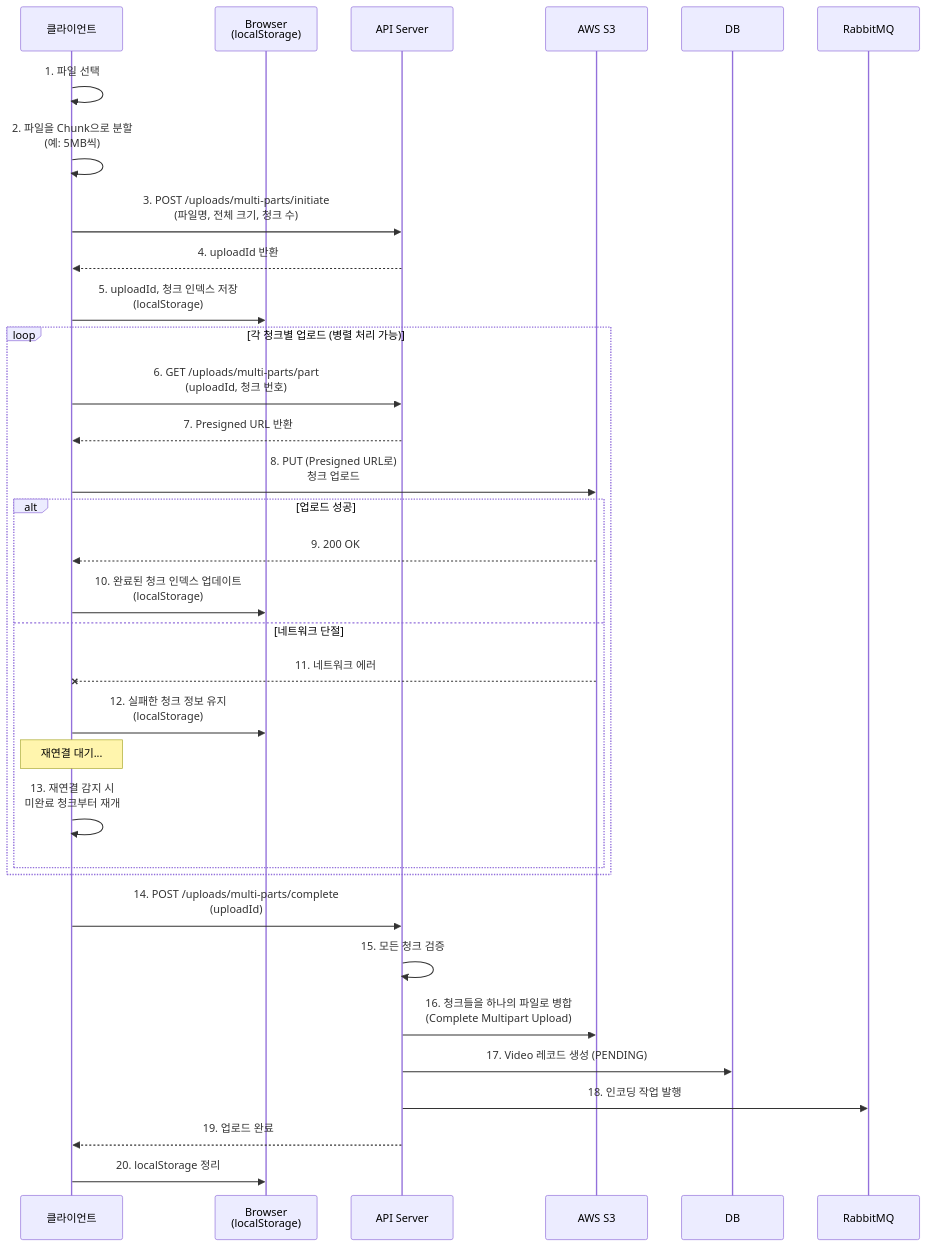
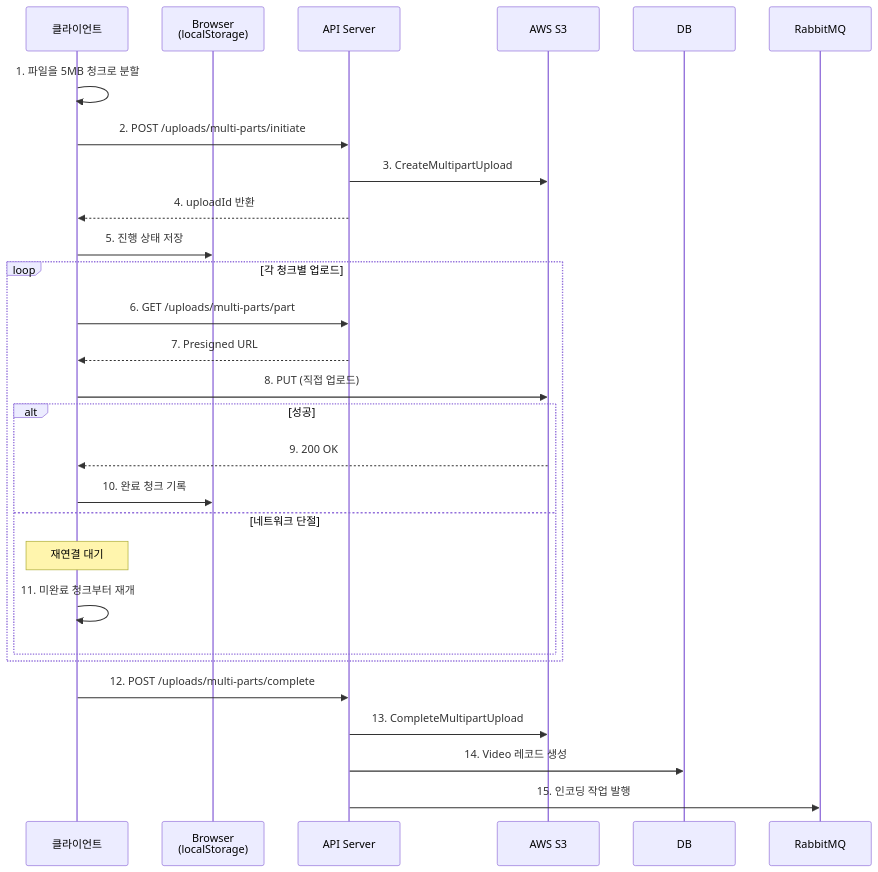
One commit to Today-My-Diary/backend changed the second of 4 diagrams in README.md. Above: the diagram before and after it, drawn with Mermaid. The commit also changed other lines of this file and 1 other file, not shown here.

````diff
--- a/README.md
+++ b/README.md
@@ -180,39 +180,32 @@
 ```mermaid
 sequenceDiagram
     participant Client as 클라이언트
     participant Browser as Browser<br/>(localStorage)
     participant APIServer as API Server
     participant S3 as AWS S3
     
-    Client->>Client: 1. 파일 선택
-    Client->>Client: 2. 파일을 Chunk으로 분할<br/>(예: 5MB씩)
+    Client->>Client: 1. 파일을 5MB 청크로 분할
+    Client->>APIServer: 2. POST /uploads/multi-parts/initiate
+    APIServer->>S3: 3. CreateMultipartUpload
+    APIServer-->>Client: 4. uploadId 반환
+    Client->>Browser: 5. 진행 상태 저장
     
-    Client->>APIServer: 3. POST /uploads/multi-parts/initiate<br/>(파일명, 전체 크기, 청크 수)
-    APIServer-->>Client: 4. uploadId 반환
-    Client->>Browser: 5. uploadId, 청크 인덱스 저장<br/>(localStorage)
-    
-    loop 각 청크별 업로드 (병렬 처리 가능)
-        Client->>APIServer: 6. GET /uploads/multi-parts/part<br/>(uploadId, 청크 번호)
-        APIServer-->>Client: 7. Presigned URL 반환
+    loop 각 청크별 업로드
+        Client->>APIServer: 6. GET /uploads/multi-parts/part
+        APIServer-->>Client: 7. Presigned URL
+        Client->>S3: 8. PUT (직접 업로드)
         
-        Client->>S3: 8. PUT (Presigned URL로)<br/>청크 업로드
-        
-        alt 업로드 성공
+        alt 성공
             S3-->>Client: 9. 200 OK
-            Client->>Browser: 10. 완료된 청크 인덱스 업데이트<br/>(localStorage)
+            Client->>Browser: 10. 완료 청크 기록
         else 네트워크 단절
-            S3--xClient: 11. 네트워크 에러
-            Client->>Browser: 12. 실패한 청크 정보 유지<br/>(localStorage)
-            Note over Client: 재연결 대기...
-            Client->>Client: 13. 재연결 감지 시<br/>미완료 청크부터 재개
+            Note over Client: 재연결 대기
+            Client->>Client: 11. 미완료 청크부터 재개
         end
     end
     
-    Client->>APIServer: 14. POST /uploads/multi-parts/complete<br/>(uploadId)
-    APIServer->>APIServer: 15. 모든 청크 검증
-    APIServer->>S3: 16. 청크들을 하나의 파일로 병합<br/>(Complete Multipart Upload)
-    APIServer->>DB: 17. Video 레코드 생성 (PENDING)
-    APIServer->>RabbitMQ: 18. 인코딩 작업 발행
-    APIServer-->>Client: 19. 업로드 완료
-    Client->>Browser: 20. localStorage 정리
+    Client->>APIServer: 12. POST /uploads/multi-parts/complete
+    APIServer->>S3: 13. CompleteMultipartUpload
+    APIServer->>DB: 14. Video 레코드 생성
+    APIServer->>RabbitMQ: 15. 인코딩 작업 발행
 ```
````
